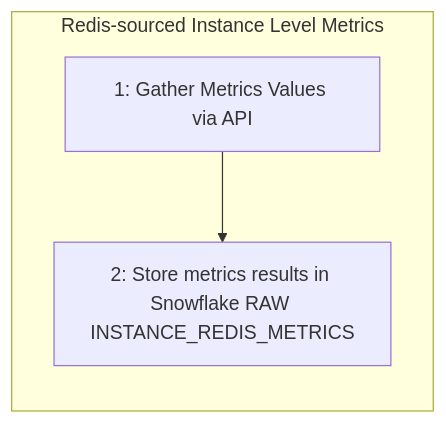
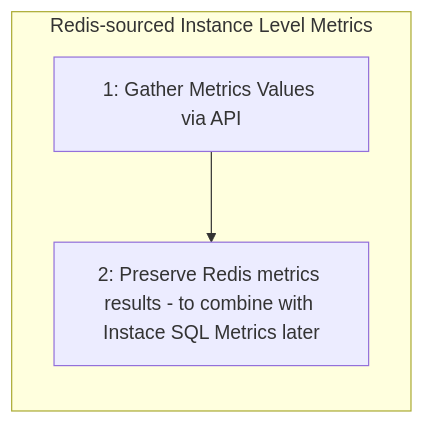
Before and after one commit to secretstartups/handbook: the second of 5 diagrams in business-technology/data-team/data-catalog/saas-service-ping-automation/index.html.md, drawn with Mermaid. The commit also changed other lines of this file, not shown here.

````diff
--- a/business-technology/data-team/data-catalog/saas-service-ping-automation/index.html.md
+++ b/business-technology/data-team/data-catalog/saas-service-ping-automation/index.html.md
@@ -109,6 +109,6 @@
 ```mermaid
 graph LR
 subgraph Redis-sourced Instance Level Metrics
-B[1: Gather Metrics Values via API] --> C[2: Store metrics results in Snowflake RAW INSTANCE_REDIS_METRICS]
+B[1: Gather Metrics Values via API] --> C[2: Preserve Redis metrics results - to combine with Instace SQL Metrics later]
 end
 ```
````
